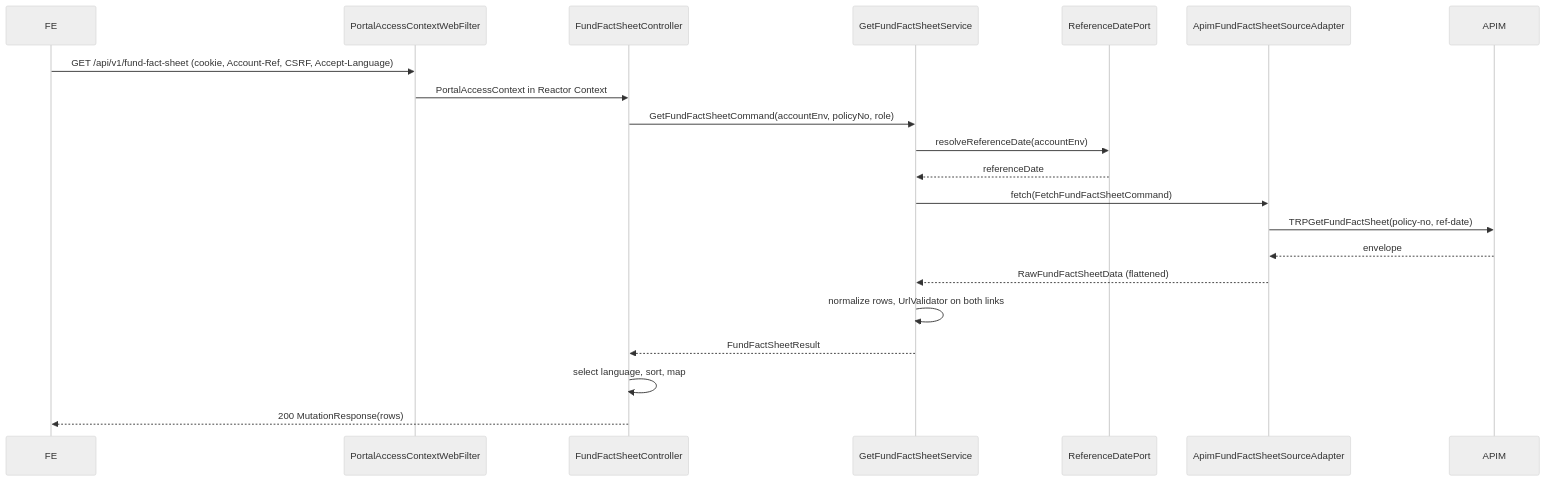
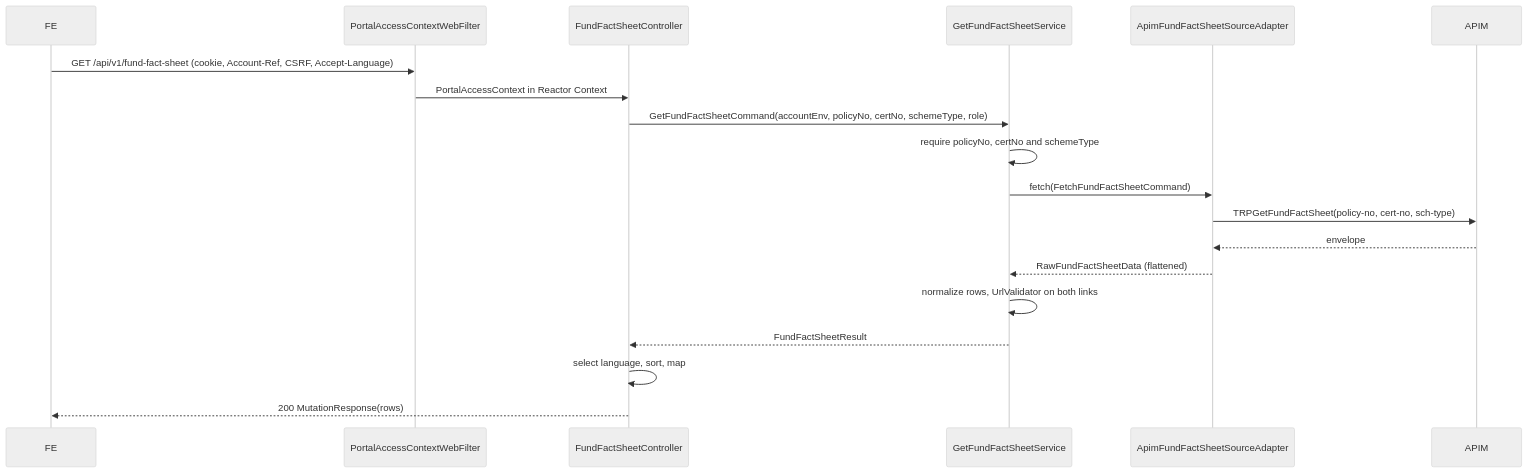
One commit to kcw30165/tpa-api-service changed the first of 4 diagrams in docs/design/11-fund-fact-sheet/fund-fact-sheet-sequence-diagrams.md. Above: the diagram before and after it, drawn with Mermaid (neutral theme). The commit also changed other lines of this file and 10 other files, not shown here.

Commit message:
docs(fund-fact-sheet): align design with updated TRPGetFundFactSheet contract

````diff
--- a/docs/design/11-fund-fact-sheet/fund-fact-sheet-sequence-diagrams.md
+++ b/docs/design/11-fund-fact-sheet/fund-fact-sheet-sequence-diagrams.md
@@ -5,23 +5,21 @@
 ```mermaid
 sequenceDiagram
     participant FE
     participant Filter as PortalAccessContextWebFilter
     participant Ctl as FundFactSheetController
     participant UC as GetFundFactSheetService
-    participant Ref as ReferenceDatePort
     participant Ad as ApimFundFactSheetSourceAdapter
     participant APIM
     FE->>Filter: GET /api/v1/fund-fact-sheet (cookie, Account-Ref, CSRF, Accept-Language)
     Filter->>Ctl: PortalAccessContext in Reactor Context
-    Ctl->>UC: GetFundFactSheetCommand(accountEnv, policyNo, role)
-    UC->>Ref: resolveReferenceDate(accountEnv)
-    Ref-->>UC: referenceDate
+    Ctl->>UC: GetFundFactSheetCommand(accountEnv, policyNo, certNo, schemeType, role)
+    UC->>UC: require policyNo, certNo and schemeType
     UC->>Ad: fetch(FetchFundFactSheetCommand)
-    Ad->>APIM: TRPGetFundFactSheet(policy-no, ref-date)
+    Ad->>APIM: TRPGetFundFactSheet(policy-no, cert-no, sch-type)
     APIM-->>Ad: envelope
     Ad-->>UC: RawFundFactSheetData (flattened)
     UC->>UC: normalize rows, UrlValidator on both links
     UC-->>Ctl: FundFactSheetResult
     Ctl->>Ctl: select language, sort, map
     Ctl-->>FE: 200 MutationResponse(rows)
 ```
````
